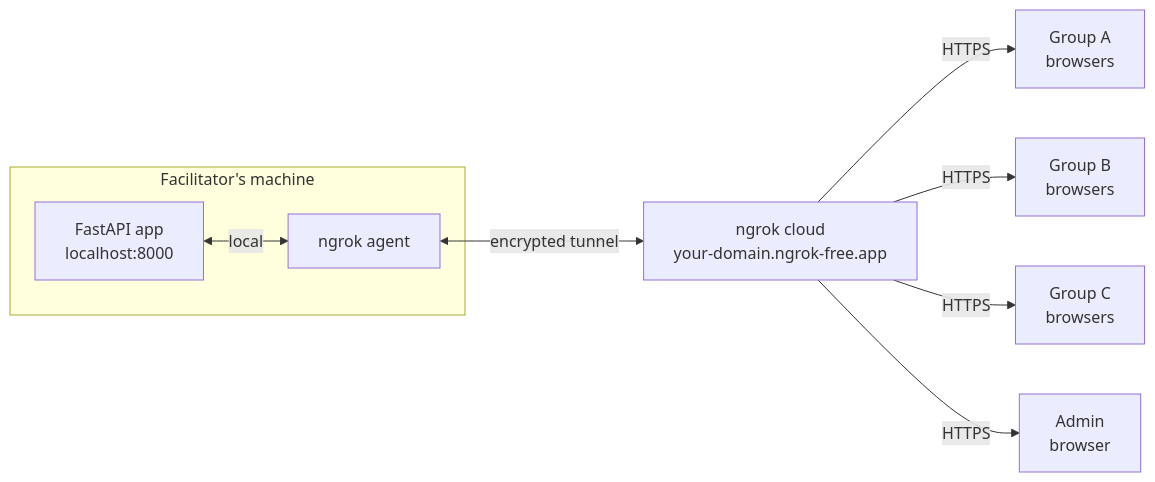
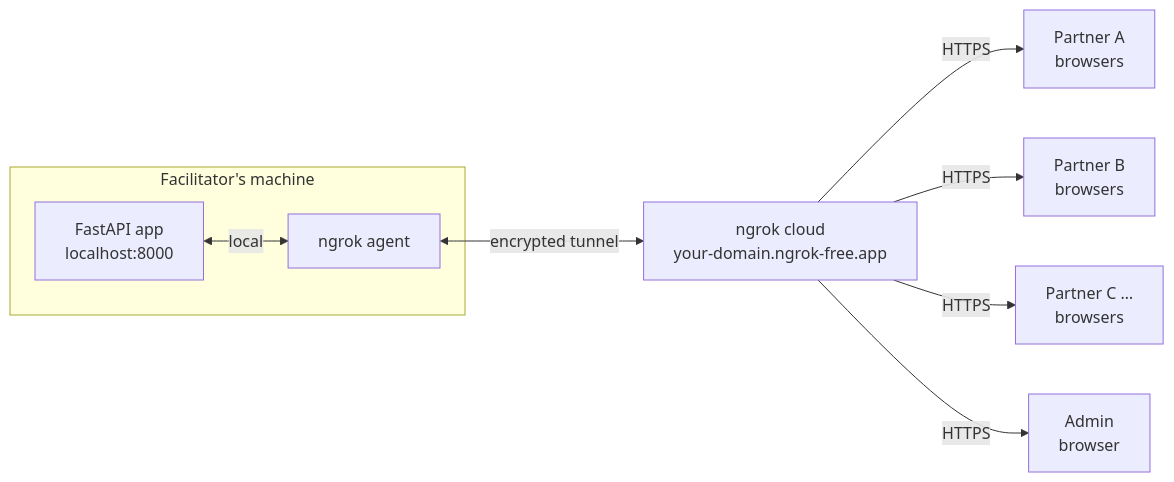
Before and after one commit to dcuartielles/riecs-label-validation: the diagram in README.md, drawn with Mermaid. The commit also changed other lines of this file and 32 other files, not shown here.

````diff
--- a/README.md
+++ b/README.md
@@ -13,15 +13,15 @@
 ```mermaid
 flowchart LR
     subgraph host ["Facilitator's machine"]
         app["FastAPI app\nlocalhost:8000"]
         agent["ngrok agent"]
     end
 
     app <-->|local| agent
     agent <-->|"encrypted tunnel"| cloud["ngrok cloud\nyour‑domain.ngrok‑free.app"]
 
-    cloud -->|HTTPS| ga["Group A\nbrowsers"]
-    cloud -->|HTTPS| gb["Group B\nbrowsers"]
-    cloud -->|HTTPS| gc["Group C\nbrowsers"]
+    cloud -->|HTTPS| ga["Partner A\nbrowsers"]
+    cloud -->|HTTPS| gb["Partner B\nbrowsers"]
+    cloud -->|HTTPS| gc["Partner C …\nbrowsers"]
     cloud -->|HTTPS| adm["Admin\nbrowser"]
 ```
````
